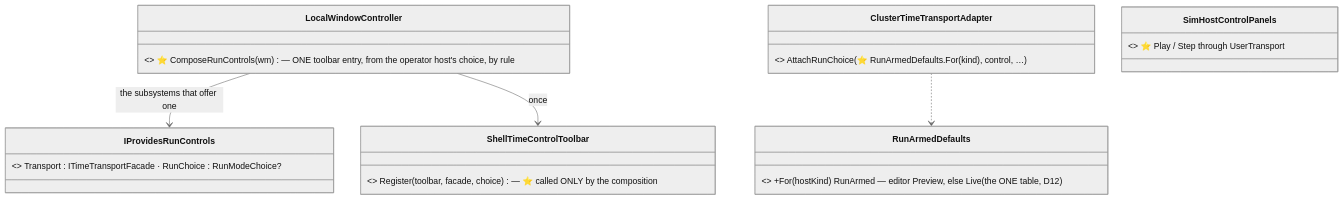
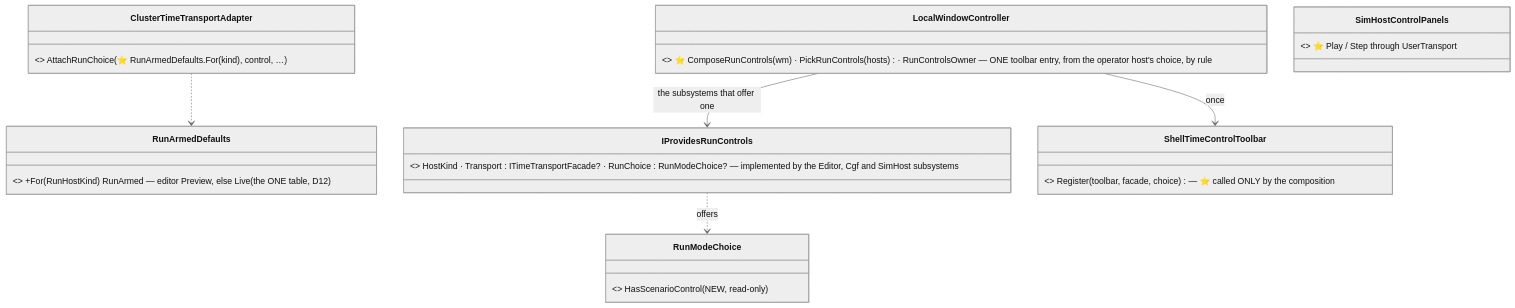
Before and after one commit to pjanec/HROT: diagram 14 of 16 in docs/blueprints/Architect_Question_108_Run_Mode_Picker.md, drawn with Mermaid (neutral theme). The commit also changed other lines of this file and 14 other files, not shown here.

First line of the commit message:
CE-1437: the run controls are composed once per process, picked by rule (AQ108 §2.10)

````diff
--- a/docs/blueprints/Architect_Question_108_Run_Mode_Picker.md
+++ b/docs/blueprints/Architect_Question_108_Run_Mode_Picker.md
@@ -662,12 +662,14 @@
 ```mermaid
 classDiagram
-  class RunArmedDefaults { <<NEW, Hrot.Presentation>> +For(hostKind) RunArmed — editor Preview, else Live (the ONE table, D12) }
-  class IProvidesRunControls { <<NEW>> Transport : ITimeTransportFacade · RunChoice : RunModeChoice? }
-  class LocalWindowController { <<existing>> ⭐ ComposeRunControls(wm) — ONE toolbar entry, from the operator host's choice, by rule }
+  class RunArmedDefaults { <<NEW, Hrot.Presentation>> +For(RunHostKind) RunArmed — editor Preview, else Live (the ONE table, D12) }
+  class IProvidesRunControls { <<NEW>> HostKind · Transport : ITimeTransportFacade? · RunChoice : RunModeChoice? — implemented by the Editor, Cgf and SimHost subsystems }
+  class RunModeChoice { <<existing>> HasScenarioControl (NEW, read-only) }
+  class LocalWindowController { <<existing>> ⭐ ComposeRunControls(wm) · PickRunControls(hosts) · RunControlsOwner — ONE toolbar entry, from the operator host's choice, by rule }
   class ShellTimeControlToolbar { <<existing>> Register(toolbar, facade, choice) — ⭐ called ONLY by the composition }
   class ClusterTimeTransportAdapter { <<existing>> AttachRunChoice(⭐ RunArmedDefaults.For(kind), control, …) }
   class SimHostControlPanels { <<existing>> ⭐ Play / Step through UserTransport }
   LocalWindowController --> IProvidesRunControls : the subsystems that offer one
   LocalWindowController --> ShellTimeControlToolbar : once
   ClusterTimeTransportAdapter ..> RunArmedDefaults
+  IProvidesRunControls ..> RunModeChoice : offers
 ```
````
